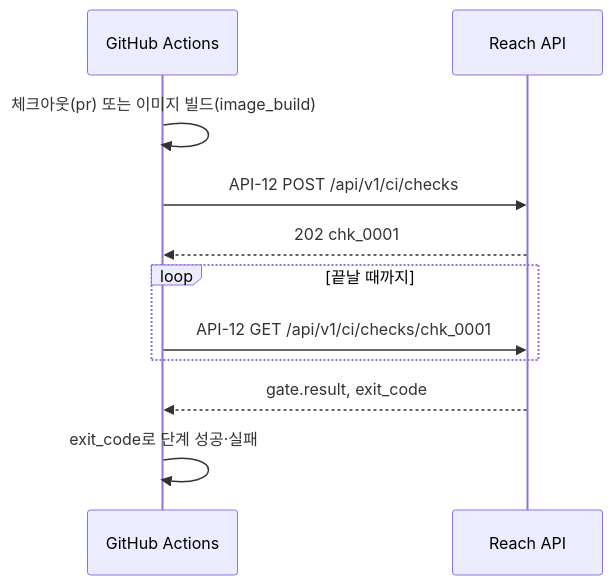
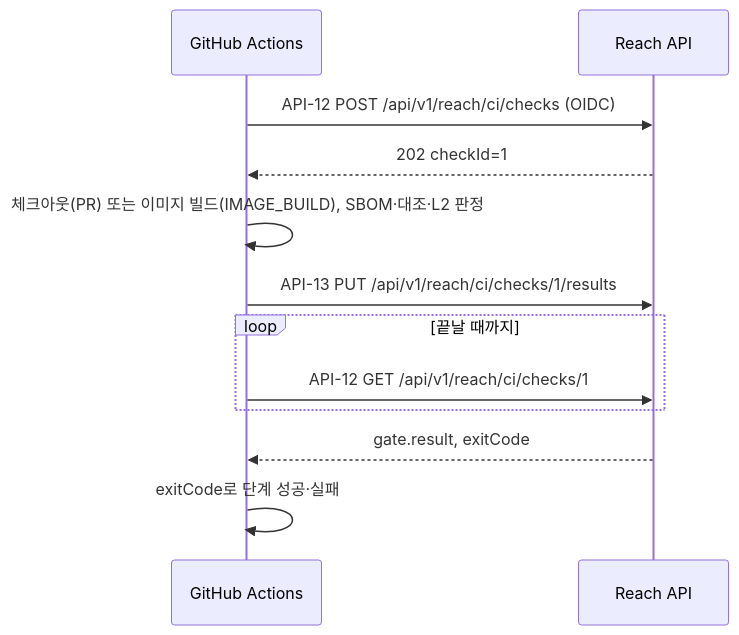
The fourth of 4 diagrams in reachability-analysis/03-architecture/api-contract.md (Logssey/security-solution-docs), drawn with Mermaid before and after one commit. The commit also changed other lines of this file and 3 other files, not shown here.

Commit message:
docs(reach): place Reach API in dashboard-backend reach module (AD-18)

````diff
--- a/reachability-analysis/03-architecture/api-contract.md
+++ b/reachability-analysis/03-architecture/api-contract.md
@@ -1686,13 +1726,14 @@
 ```mermaid
 sequenceDiagram
   participant G as GitHub Actions
   participant A as Reach API
-  G->>G: 체크아웃(pr) 또는 이미지 빌드(image_build)
-  G->>A: API-12 POST /api/v1/ci/checks
-  A-->>G: 202 chk_0001
+  G->>A: API-12 POST /api/v1/reach/ci/checks (OIDC)
+  A-->>G: 202 checkId=1
+  G->>G: 체크아웃(PR) 또는 이미지 빌드(IMAGE_BUILD), SBOM·대조·L2 판정
+  G->>A: API-13 PUT /api/v1/reach/ci/checks/1/results
   loop 끝날 때까지
-    G->>A: API-12 GET /api/v1/ci/checks/chk_0001
+    G->>A: API-12 GET /api/v1/reach/ci/checks/1
   end
-  A-->>G: gate.result, exit_code
-  G->>G: exit_code로 단계 성공·실패
+  A-->>G: gate.result, exitCode
+  G->>G: exitCode로 단계 성공·실패
 ```
````
